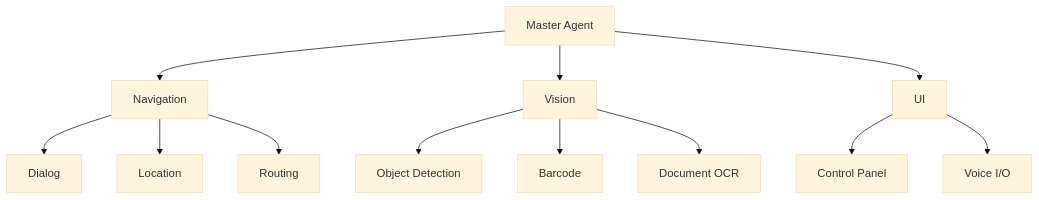
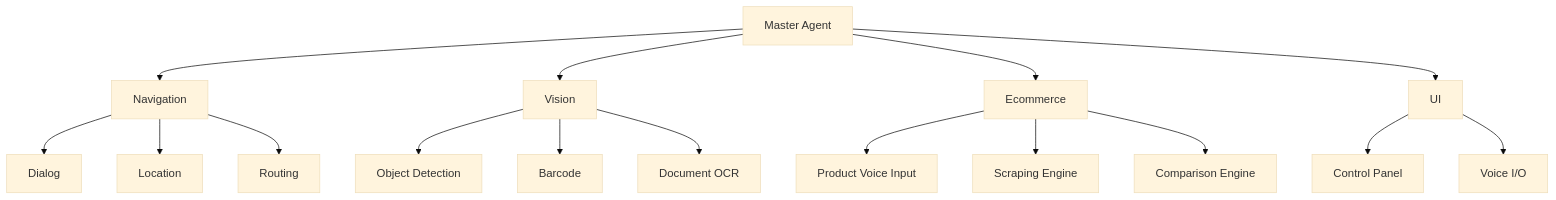
One commit to Viraj97-SL/VisionAId changed the diagram in README.md. Above: the diagram before and after it, drawn with Mermaid (base theme). The commit also changed other lines of this file, not shown here.

````diff
--- a/README.md
+++ b/README.md
@@ -76,18 +87,24 @@
 ```mermaid
 flowchart TD
     A[Master Agent] --> B[Navigation]
     A --> C[Vision]
-    A --> D[UI]
-    
+    A --> D[Ecommerce]
+    A --> E[UI]
+
     B --> B1[Dialog]
     B --> B2[Location]
     B --> B3[Routing]
     
     C --> C1[Object Detection]
     C --> C2[Barcode]
     C --> C3[Document OCR]
     
-    D --> D1[Control Panel]
-    D --> D2[Voice I/O]
+    D --> D1[Product Voice Input]
+    D --> D2[Scraping Engine]
+    D --> D3[Comparison Engine]
+
+    E --> E1[Control Panel]
+    E --> E2[Voice I/O]
+
 
 ```
````
